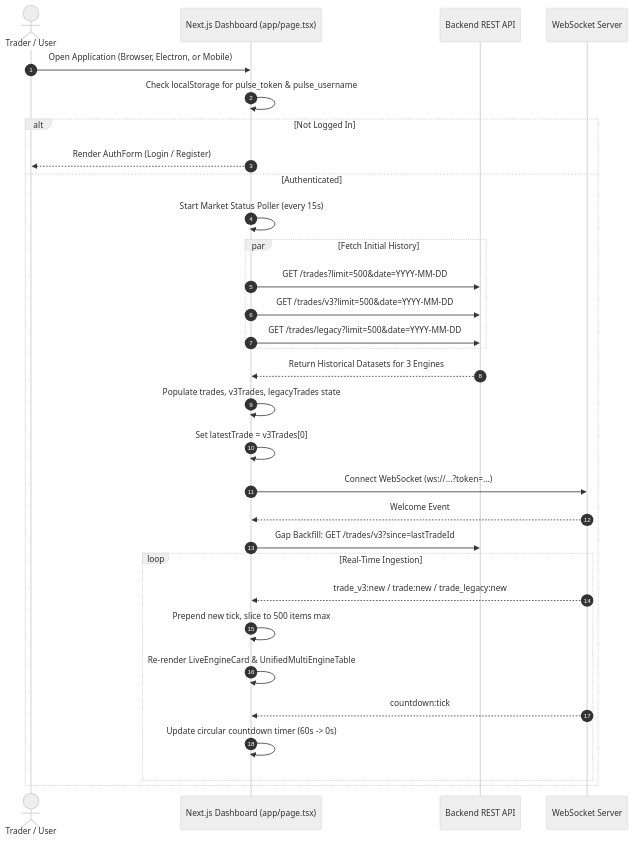
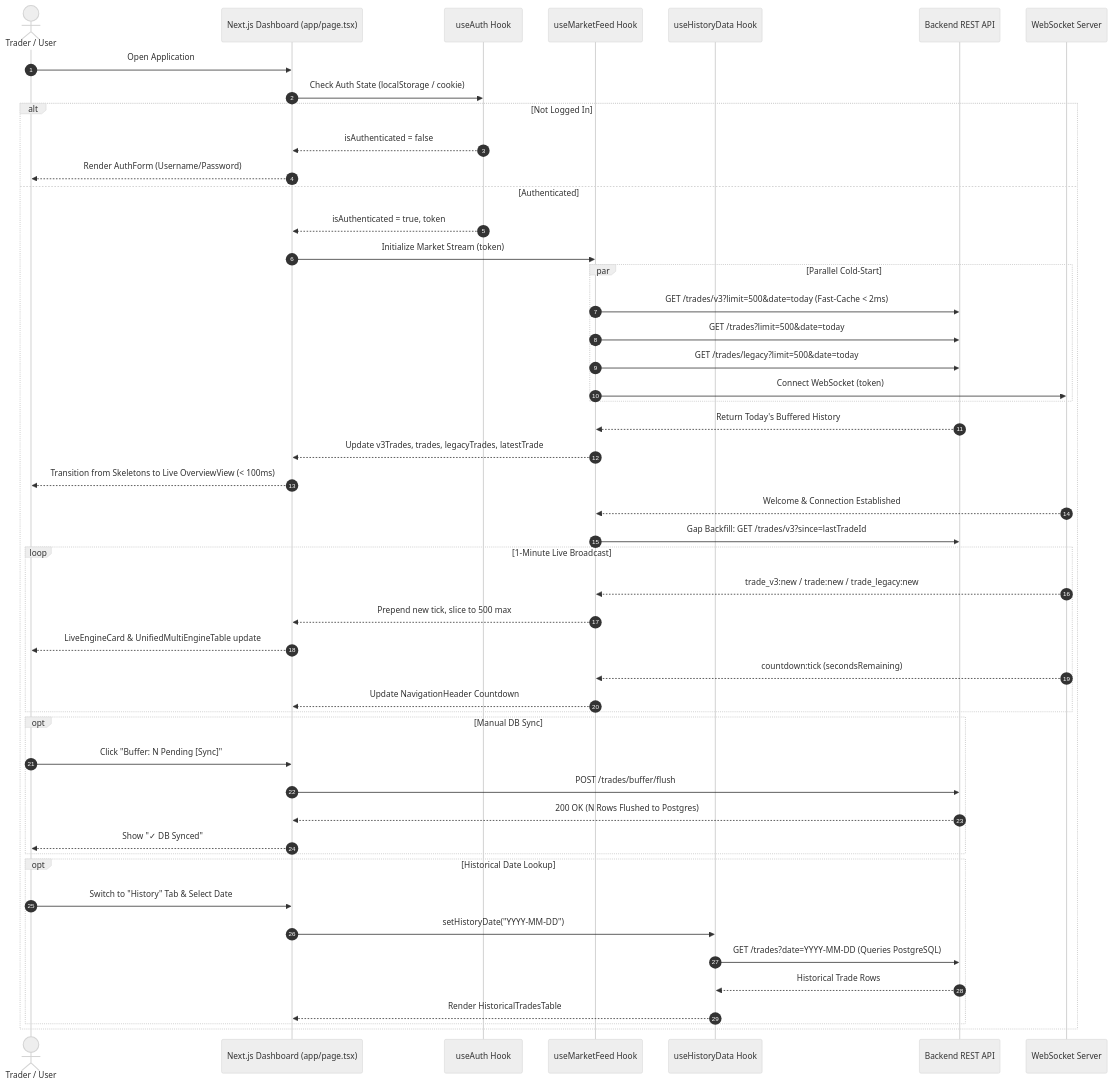
The second of 2 diagrams in .agent/workflow.md (Kkaif4/pulse-ai), drawn with Mermaid (neutral theme) before and after one commit. The commit also changed other lines of this file and 30 other files, not shown here.

Commit message:
fix: updated architecture | modular code | added fast loading | skeleton loading

````diff
--- a/.agent/workflow.md
+++ b/.agent/workflow.md
@@ -278,36 +121,58 @@
 ```mermaid
 sequenceDiagram
     autonumber
-    actor User as Trader / User
-    participant Page as Next.js Dashboard (app/page.tsx)
+    actor Trader as Trader / User
+    participant App as Next.js Dashboard (app/page.tsx)
+    participant Auth as useAuth Hook
+    participant Feed as useMarketFeed Hook
+    participant History as useHistoryData Hook
     participant API as Backend REST API
     participant WS as WebSocket Server
 
-    User->>Page: Open Application (Browser, Electron, or Mobile)
-    Page->>Page: Check localStorage for pulse_token & pulse_username
+    Trader->>App: Open Application
+    App->>Auth: Check Auth State (localStorage / cookie)
     alt Not Logged In
-        Page-->>User: Render AuthForm (Login / Register)
+        Auth-->>App: isAuthenticated = false
+        App-->>Trader: Render AuthForm (Username/Password)
     else Authenticated
-        Page->>Page: Start Market Status Poller (every 15s)
-        par Fetch Initial History
-            Page->>API: GET /trades?limit=500&date=YYYY-MM-DD
-            Page->>API: GET /trades/v3?limit=500&date=YYYY-MM-DD
-            Page->>API: GET /trades/legacy?limit=500&date=YYYY-MM-DD
+        Auth-->>App: isAuthenticated = true, token
+        App->>Feed: Initialize Market Stream (token)
+        
+        par Parallel Cold-Start
+            Feed->>API: GET /trades/v3?limit=500&date=today (Fast-Cache < 2ms)
+            Feed->>API: GET /trades?limit=500&date=today
+            Feed->>API: GET /trades/legacy?limit=500&date=today
+            Feed->>WS: Connect WebSocket (token)
         end
-        API-->>Page: Return Historical Datasets for 3 Engines
-        Page->>Page: Populate trades, v3Trades, legacyTrades state
-        Page->>Page: Set latestTrade = v3Trades[0]
 
-        Page->>WS: Connect WebSocket (ws://...?token=...)
-        WS-->>Page: Welcome Event
-        Page->>API: Gap Backfill: GET /trades/v3?since=lastTradeId
-        
-        loop Real-Time Ingestion
-            WS-->>Page: trade_v3:new / trade:new / trade_legacy:new
-            Page->>Page: Prepend new tick, slice to 500 items max
-            Page->>Page: Re-render LiveEngineCard & UnifiedMultiEngineTable
-            WS-->>Page: countdown:tick
-            Page->>Page: Update circular countdown timer (60s -> 0s)
+        API-->>Feed: Return Today's Buffered History
+        Feed-->>App: Update v3Trades, trades, legacyTrades, latestTrade
+        App-->>Trader: Transition from Skeletons to Live OverviewView (< 100ms)
+
+        WS-->>Feed: Welcome & Connection Established
+        Feed->>API: Gap Backfill: GET /trades/v3?since=lastTradeId
+
+        loop 1-Minute Live Broadcast
+            WS-->>Feed: trade_v3:new / trade:new / trade_legacy:new
+            Feed-->>App: Prepend new tick, slice to 500 max
+            App-->>Trader: LiveEngineCard & UnifiedMultiEngineTable update
+            WS-->>Feed: countdown:tick (secondsRemaining)
+            Feed-->>App: Update NavigationHeader Countdown
+        end
+
+        opt Manual DB Sync
+            Trader->>App: Click "Buffer: N Pending [Sync]"
+            App->>API: POST /trades/buffer/flush
+            API-->>App: 200 OK (N Rows Flushed to Postgres)
+            App-->>Trader: Show "✓ DB Synced"
+        end
+
+        opt Historical Date Lookup
+            Trader->>App: Switch to "History" Tab & Select Date
+            App->>History: setHistoryDate("YYYY-MM-DD")
+            History->>API: GET /trades?date=YYYY-MM-DD (Queries PostgreSQL)
+            API-->>History: Historical Trade Rows
+            History-->>App: Render HistoricalTradesTable
         end
     end
 ```
````
